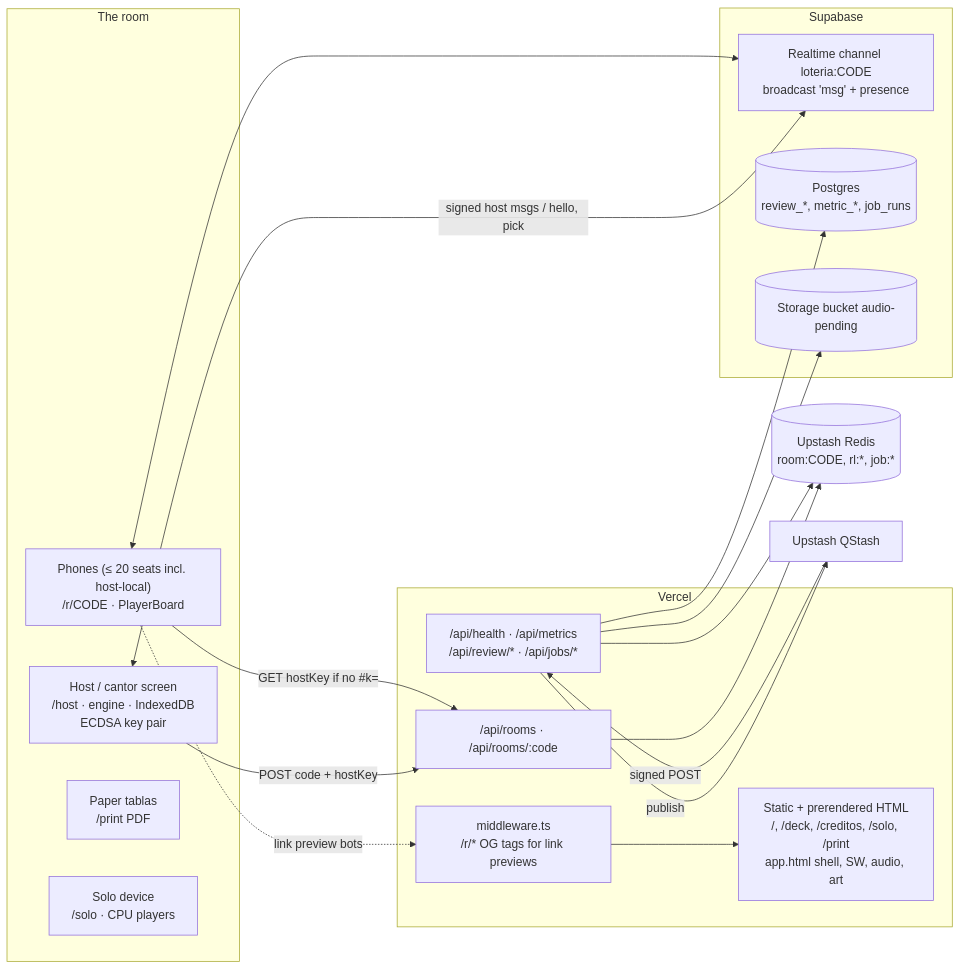
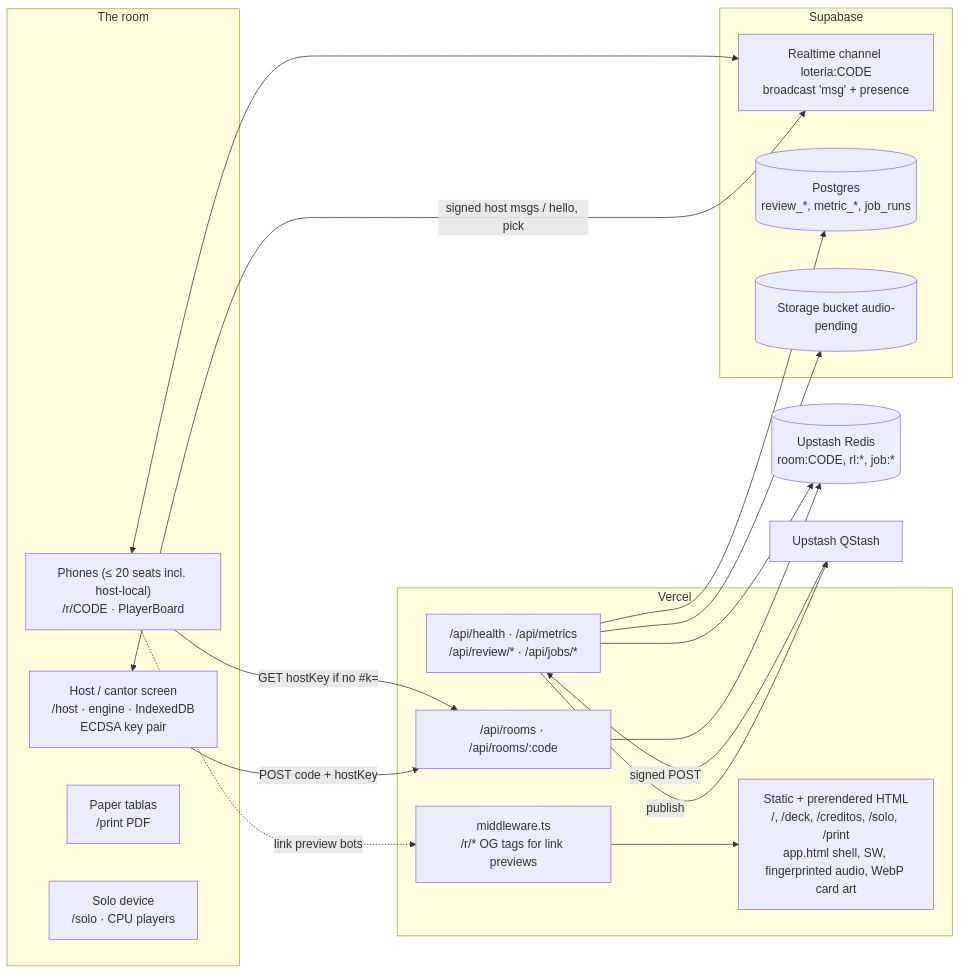
Before and after one commit to talacha/app.loteria.to: the diagram in docs/ARCHITECTURE.md, drawn with Mermaid. The commit also changed other lines of this file and 422 other files, not shown here.

````diff
--- a/docs/ARCHITECTURE.md
+++ b/docs/ARCHITECTURE.md
@@ -11,33 +11,33 @@
 ```mermaid
 flowchart LR
   subgraph Room["The room"]
     Host["Host / cantor screen<br/>/host · engine · IndexedDB<br/>ECDSA key pair"]
     Phones["Phones (≤ 20 seats incl. host-local)<br/>/r/CODE · PlayerBoard"]
     Paper["Paper tablas<br/>/print PDF"]
     Solo["Solo device<br/>/solo · CPU players"]
   end
   subgraph Vercel
-    Static["Static + prerendered HTML<br/>/, /deck, /creditos, /solo, /print<br/>app.html shell, SW, audio, art"]
+    Static["Static + prerendered HTML<br/>/, /deck, /creditos, /solo, /print<br/>app.html shell, SW, fingerprinted audio, WebP card art"]
     MW["middleware.ts<br/>/r/* OG tags for link previews"]
     Rooms["/api/rooms · /api/rooms/:code"]
     Other["/api/health · /api/metrics<br/>/api/review/* · /api/jobs/*"]
   end
   subgraph Supabase
     RT["Realtime channel loteria:CODE<br/>broadcast 'msg' + presence"]
     PG[("Postgres<br/>review_*, metric_*, job_runs")]
     ST[("Storage bucket audio-pending")]
   end
   Redis[("Upstash Redis<br/>room:CODE, rl:*, job:*")]
   QStash["Upstash QStash"]
 
   Host <-->|signed host msgs / hello, pick| RT
   Phones <--> RT
   Host -->|POST code + hostKey| Rooms
   Phones -->|GET hostKey if no #k=| Rooms
   Rooms --> Redis
   Other --> Redis
   Other --> PG
   Other --> ST
   Other -->|publish| QStash -->|signed POST| Other
   Phones -. link preview bots .-> MW --> Static
 ```
````
